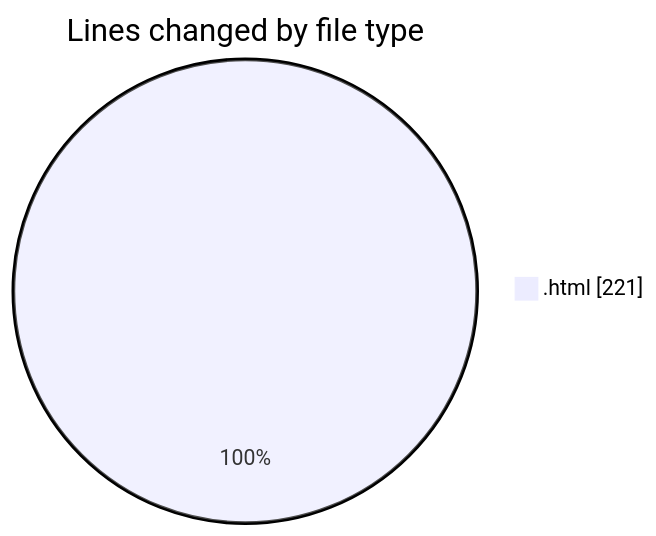
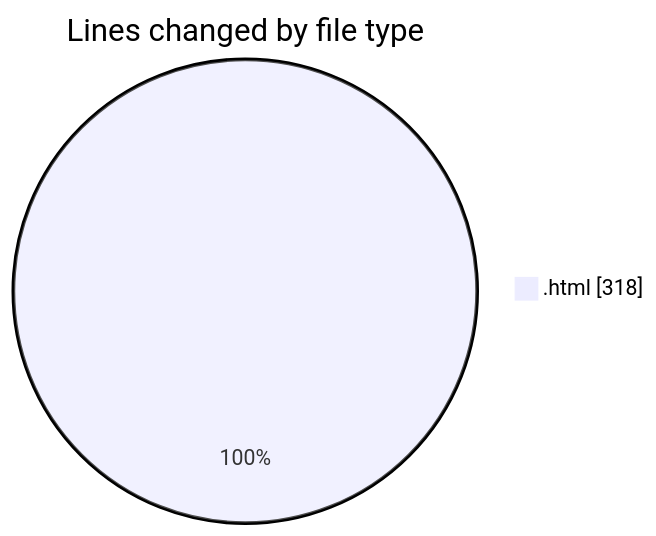
One commit to momahboobian/code-tracking changed the first of 2 diagrams in 2025-05-15/news-clock-system-caspercg/README.md. Above: the diagram before and after it, drawn with Mermaid. The commit also changed other lines of this file and 1 other file, not shown here.

````diff
--- a/2025-05-15/news-clock-system-caspercg/README.md
+++ b/2025-05-15/news-clock-system-caspercg/README.md
@@ -20,5 +21,5 @@
 ```mermaid
 pie showData
 title Lines changed by file type
-".html" : 221
+".html" : 318
 ```
````
